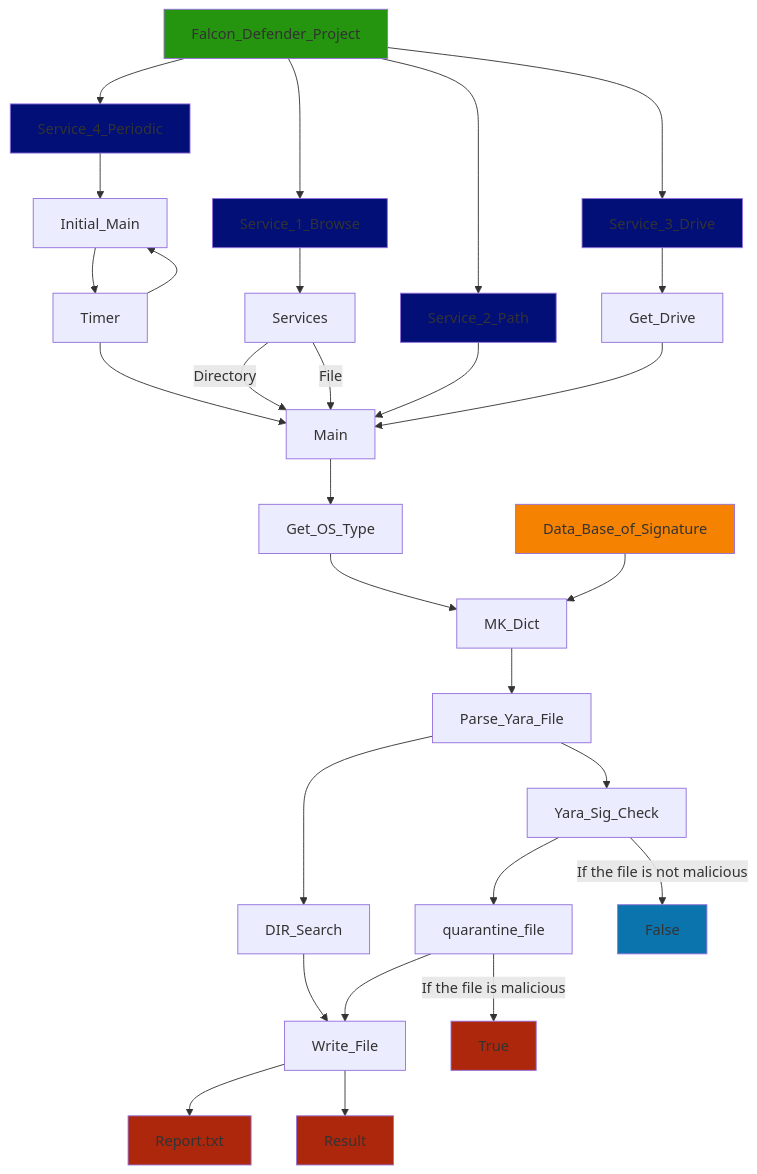
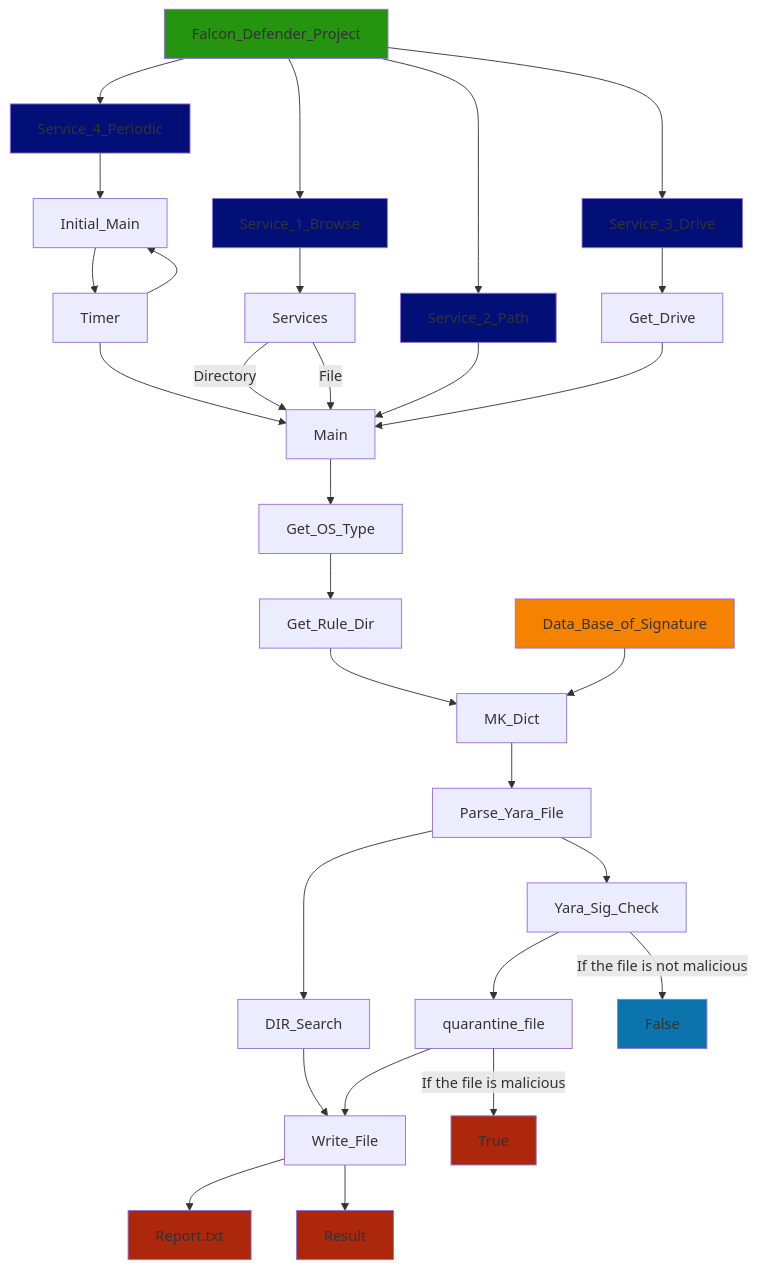
The diagram in README.md (AyhamAsfoor/Falcon_Defender), drawn with Mermaid before and after one commit.

````diff
--- a/README.md
+++ b/README.md
@@ -68,41 +68,42 @@
 ```mermaid
 graph TD;
    Falcon_Defender_Project-->Service_1_Browse;
    Service_1_Browse-->Services;
    Falcon_Defender_Project-->Service_2_Path;
    Falcon_Defender_Project-->Service_3_Drive;
    Service_3_Drive-->Get_Drive;
    Falcon_Defender_Project-->Service_4_Periodic;
    Service_4_Periodic-->Initial_Main;
    Initial_Main-->Timer;
    Timer-->Initial_Main;
    Timer-->Main;
    Services-->|Directory| Main;
    Services-->|File| Main;
    Service_2_Path-->Main;
    Get_Drive-->Main;
    Main-->Get_OS_Type;
-   Get_OS_Type-->MK_Dict;
+   Get_OS_Type-->Get_Rule_Dir;
+   Get_Rule_Dir-->MK_Dict;
    Data_Base_of_Signature-->MK_Dict;
    MK_Dict-->Parse_Yara_File;
    Parse_Yara_File-->DIR_Search;
    Parse_Yara_File-->Yara_Sig_Check;
    DIR_Search-->Write_File;
    Yara_Sig_Check-->quarantine_file;
    quarantine_file-->Write_File;
    Yara_Sig_Check-->|If the file is not malicious| False;
    quarantine_file-->|If the file is malicious| True;
    Write_File-->Report_txt[Report.txt];
    Write_File-->Result[Result];
 
    style Falcon_Defender_Project fill:#25940f;
    style Service_1_Browse fill:#010f76;
    style Service_2_Path fill:#010f76;
    style Service_3_Drive fill:#010f76;
    style Service_4_Periodic fill:#010f76;
    style Data_Base_of_Signature fill:#f58200;
    style Report_txt fill:#ac270b;
    style Result fill:#ac270b;
    style True fill:#ac270b;
    style False fill:#0b74ac;
 ```
````
